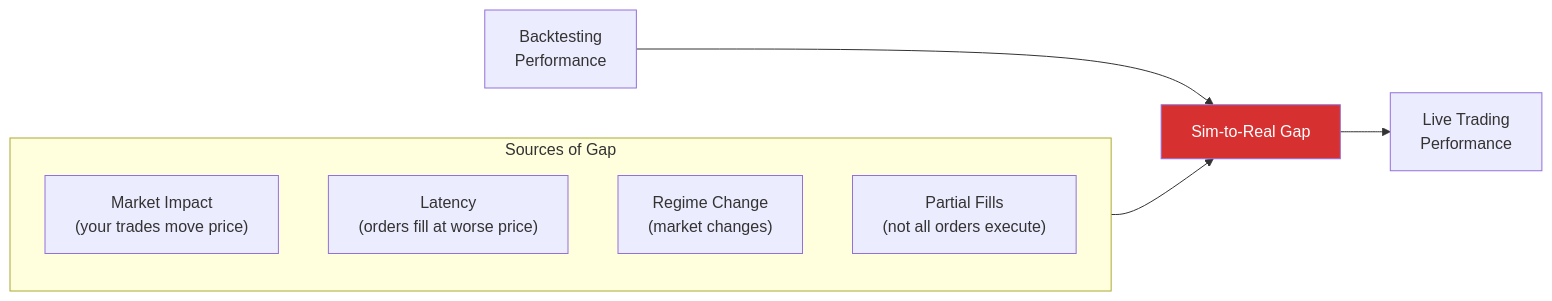
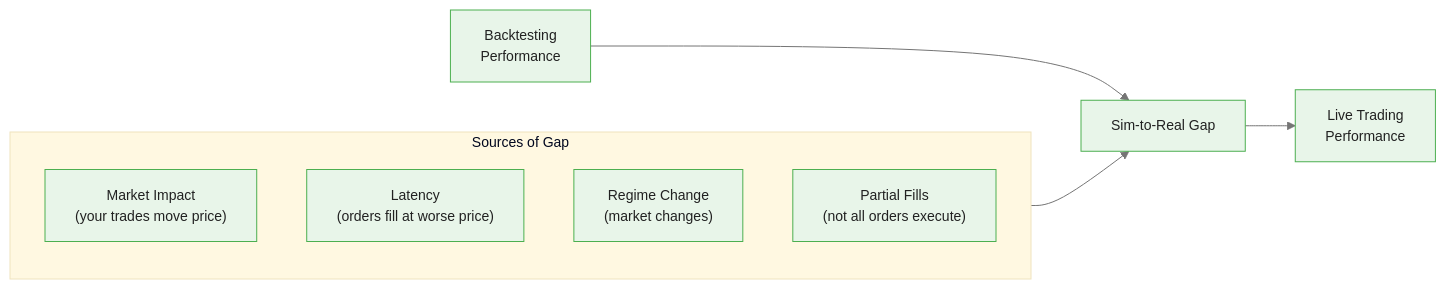
One commit to m-deane/course-creator changed the fourth of 5 diagrams in courses/reinforcement-learning/modules/module_09_frontiers/guides/04_rl_for_trading_slides.md. Above: the diagram before and after it, drawn with Mermaid. The commit also changed other lines of this file and 131 other files, not shown here.

````diff
--- a/courses/reinforcement-learning/modules/module_09_frontiers/guides/04_rl_for_trading_slides.md
+++ b/courses/reinforcement-learning/modules/module_09_frontiers/guides/04_rl_for_trading_slides.md
@@ -283,15 +312,15 @@
 ```mermaid
+%%{init: {"theme": "base", "themeVariables": {"primaryColor": "#e8f5e9", "primaryBorderColor": "#4caf50", "primaryTextColor": "#212121", "secondaryColor": "#e3f2fd", "tertiaryColor": "#fff8e1", "lineColor": "#757575", "fontFamily": "Inter, sans-serif", "fontSize": "14px"}}}%%
 flowchart LR
     BT["Backtesting\nPerformance"] --> Gap["Sim-to-Real Gap"]
     Gap --> Live["Live Trading\nPerformance"]
 
     subgraph Sources["Sources of Gap"]
         MI["Market Impact\n(your trades move price)"]
         Lat["Latency\n(orders fill at worse price)"]
         RC["Regime Change\n(market changes)"]
         PF["Partial Fills\n(not all orders execute)"]
     end
 
     Sources --> Gap
-    style Gap fill:#d63031,color:#fff
 ```
````
